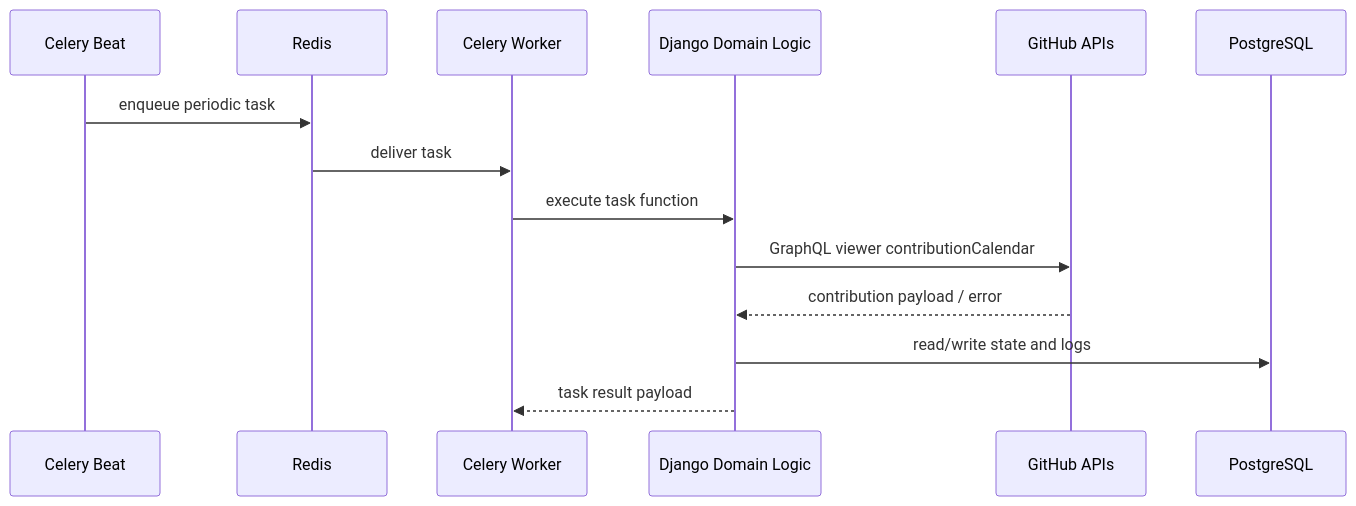
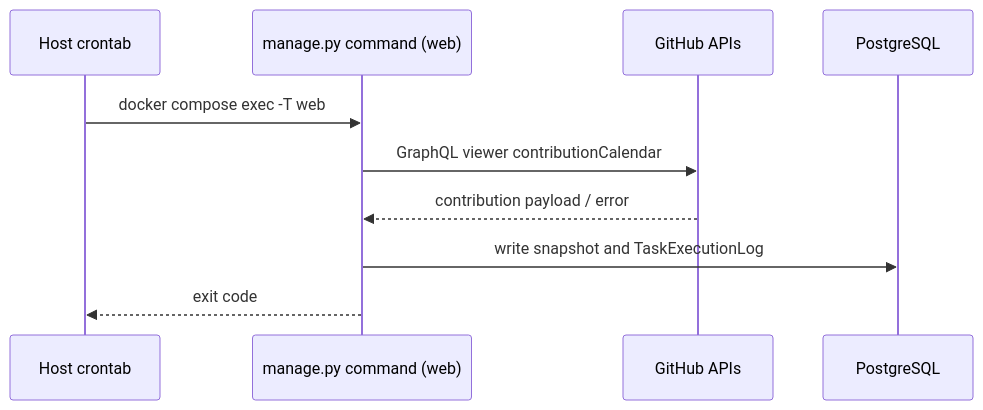
Before and after one commit to stokuj/my-django-portfolio: the fourth of 4 diagrams in docs/architecture.md, drawn with Mermaid. The commit also changed other lines of this file and 3 other files, not shown here.

First line of the commit message:
docs: document cron-run jobs instead of Celery

````diff
--- a/docs/architecture.md
+++ b/docs/architecture.md
@@ -148,17 +143,13 @@
 ```mermaid
 sequenceDiagram
-    participant Beat as Celery Beat
-    participant Redis as Redis
-    participant Worker as Celery Worker
-    participant Django as Django Domain Logic
+    participant Cron as Host crontab
+    participant Cmd as manage.py command (web)
     participant GitHub as GitHub APIs
     participant DB as PostgreSQL
 
-    Beat->>Redis: enqueue periodic task
-    Redis->>Worker: deliver task
-    Worker->>Django: execute task function
-    Django->>GitHub: GraphQL viewer contributionCalendar
-    GitHub-->>Django: contribution payload / error
-    Django->>DB: read/write state and logs
-    Django-->>Worker: task result payload
+    Cron->>Cmd: docker compose exec -T web
+    Cmd->>GitHub: GraphQL viewer contributionCalendar
+    GitHub-->>Cmd: contribution payload / error
+    Cmd->>DB: write snapshot and TaskExecutionLog
+    Cmd-->>Cron: exit code
 ```
````
